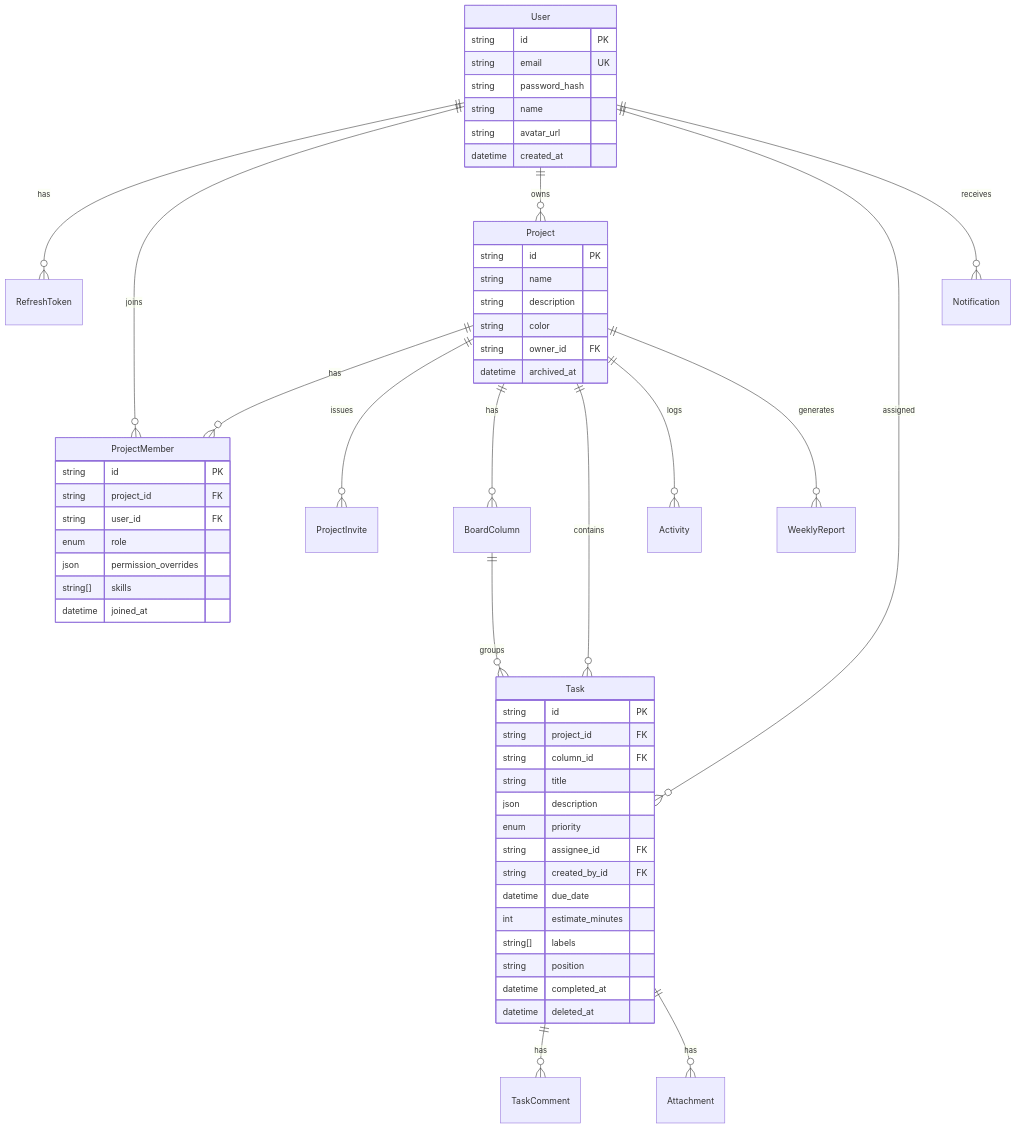
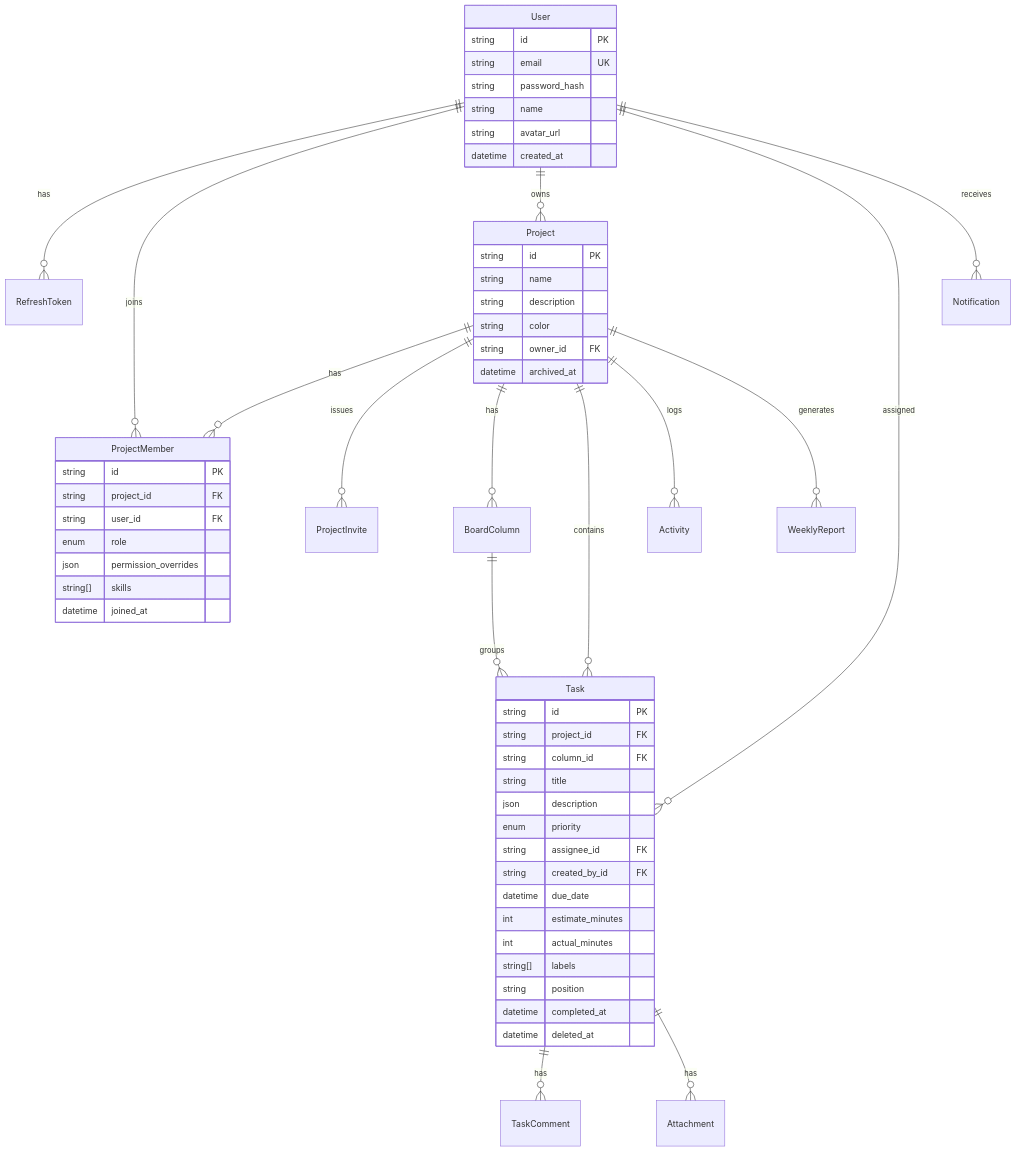
Before and after one commit to Y1X1n/TeamFlow: the diagram in docs/DATA_MODEL.md, drawn with Mermaid. The commit also changed other lines of this file and 28 other files, not shown here.

````diff
--- a/docs/DATA_MODEL.md
+++ b/docs/DATA_MODEL.md
@@ -9,59 +9,60 @@
 ```mermaid
 erDiagram
     User ||--o{ RefreshToken : has
     User ||--o{ ProjectMember : joins
     User ||--o{ Project : owns
     User ||--o{ Task : assigned
     User ||--o{ Notification : receives
     Project ||--o{ ProjectMember : has
     Project ||--o{ ProjectInvite : issues
     Project ||--o{ BoardColumn : has
     Project ||--o{ Task : contains
     Project ||--o{ Activity : logs
     Project ||--o{ WeeklyReport : generates
     BoardColumn ||--o{ Task : groups
     Task ||--o{ TaskComment : has
     Task ||--o{ Attachment : has
 
     User {
       string id PK
       string email UK
       string password_hash
       string name
       string avatar_url
       datetime created_at
     }
     Project {
       string id PK
       string name
       string description
       string color
       string owner_id FK
       datetime archived_at
     }
     ProjectMember {
       string id PK
       string project_id FK
       string user_id FK
       enum role
       json permission_overrides
       string[] skills
       datetime joined_at
     }
     Task {
       string id PK
       string project_id FK
       string column_id FK
       string title
       json description
       enum priority
       string assignee_id FK
       string created_by_id FK
       datetime due_date
       int estimate_minutes
+      int actual_minutes
       string[] labels
       string position
       datetime completed_at
       datetime deleted_at
     }
 ```
````
